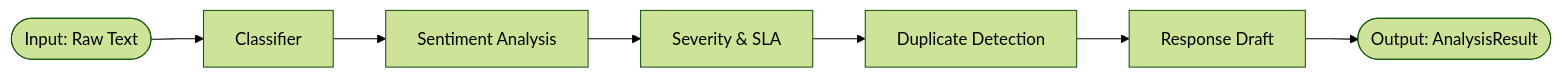
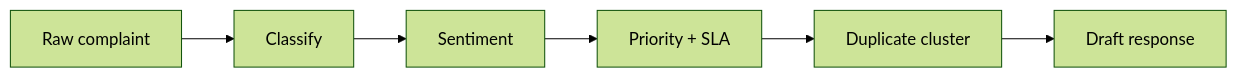
One commit to Divesh-Kshirsagar/SamvadAI changed the diagram in docs/docs/ai-pipeline.md. Above: the diagram before and after it, drawn with Mermaid (forest theme). The commit also changed other lines of this file and 30 other files, not shown here.

Commit message:
docs: rewrite README/docs and add mermaid diagrams; frontend utility and UI updates

````diff
--- a/docs/docs/ai-pipeline.md
+++ b/docs/docs/ai-pipeline.md
@@ -10,9 +8,8 @@
 ```mermaid
-graph LR
-    Start([Input: Raw Text]) --> Classify[Classifier]
-    Classify --> Sentiment[Sentiment Analysis]
-    Sentiment --> Severity[Severity & SLA]
-    Severity --> Duplicate[Duplicate Detection]
-    Duplicate --> Draft[Response Draft]
-    Draft --> End([Output: AnalysisResult])
+flowchart LR
+    A[Raw complaint] --> B[Classify]
+    B --> C[Sentiment]
+    C --> D[Priority + SLA]
+    D --> E[Duplicate cluster]
+    E --> F[Draft response]
 ```
````
